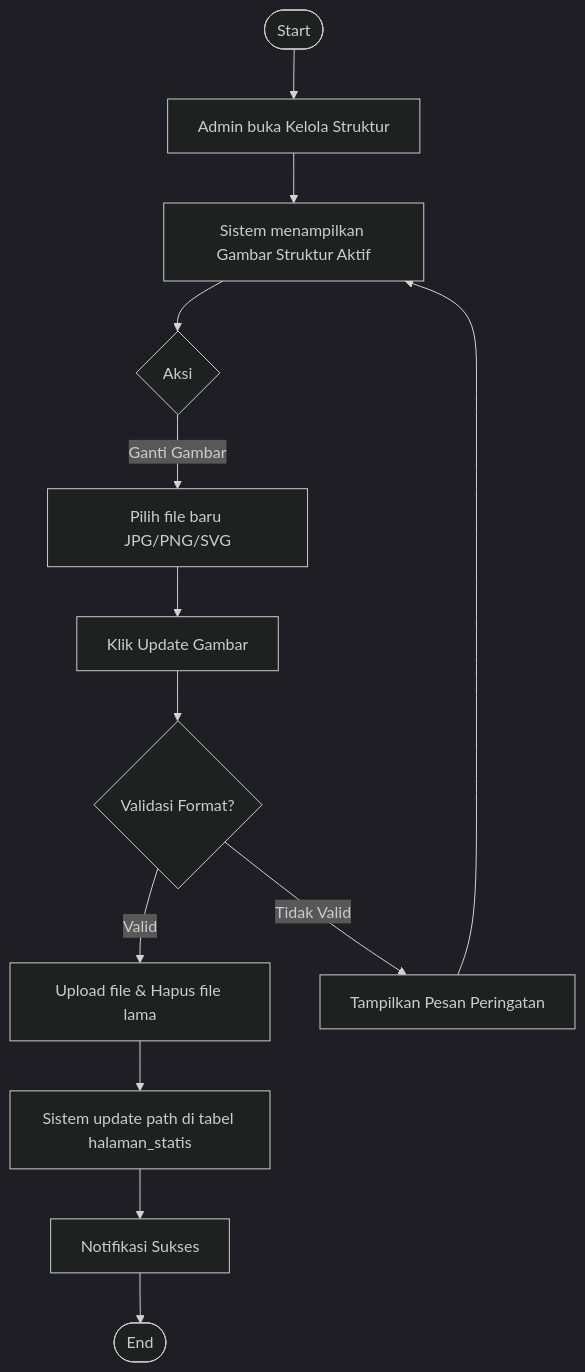
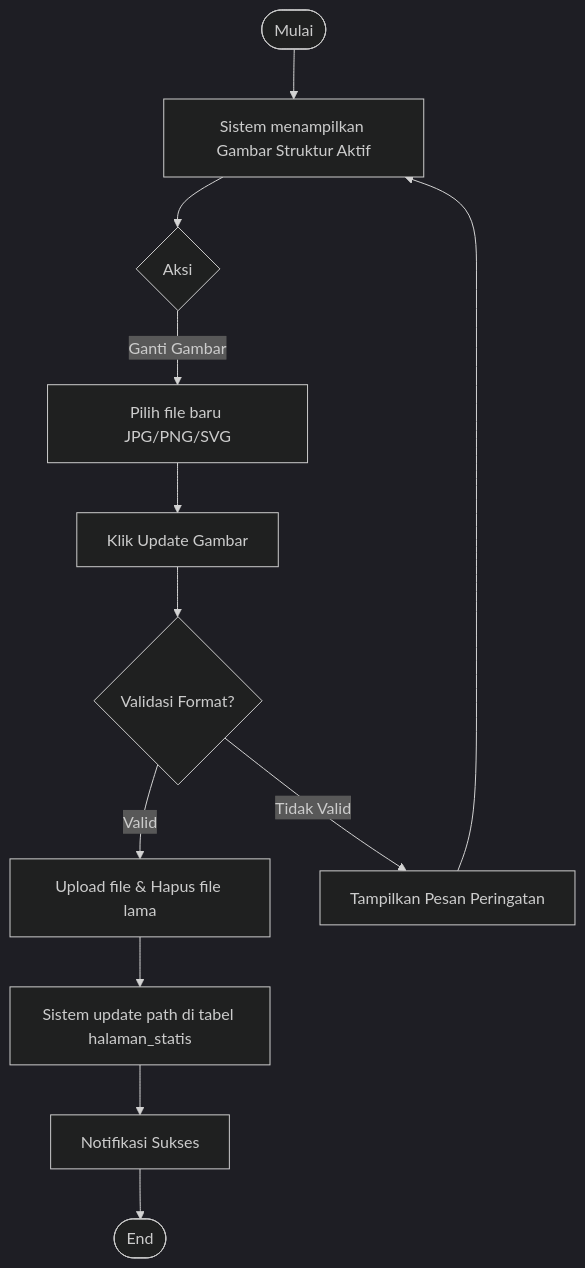
The third of 5 diagrams in docs/activity_diagram_profil.md (arbain-dev/Web_fikom), drawn with Mermaid (dark theme) before and after one commit. The commit also changed other lines of this file and 7 other files, not shown here.

Commit message:
docs: standarisasi semua awal flowchart diagram menjadi 'Mulai'

````diff
--- a/docs/activity_diagram_profil.md
+++ b/docs/activity_diagram_profil.md
@@ -69,18 +68,17 @@
 ```mermaid
 flowchart TD
-    Start([Start]) --> OpenStruktur[Admin buka Kelola Struktur]
-    OpenStruktur --> ShowImage[Sistem menampilkan Gambar Struktur Aktif]
+    Mulai([Mulai]) --> ShowImage[Sistem menampilkan Gambar Struktur Aktif]
     
     ShowImage --> Interaction{Aksi}
     Interaction -- "Ganti Gambar" --> SelectFile[Pilih file baru JPG/PNG/SVG]
     SelectFile --> ClickUpdate[Klik Update Gambar]
     
     ClickUpdate --> CheckFile{Validasi Format?}
     CheckFile -- "Valid" --> Process[Upload file & Hapus file lama]
     Process --> UpdateDB2[Sistem update path di tabel halaman_statis]
     CheckFile -- "Tidak Valid" --> Error[Tampilkan Pesan Peringatan]
     
     UpdateDB2 --> Success[Notifikasi Sukses]
     Error --> ShowImage
     Success --> End([End])
 ```
````
